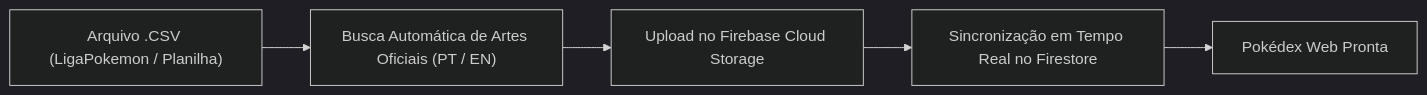
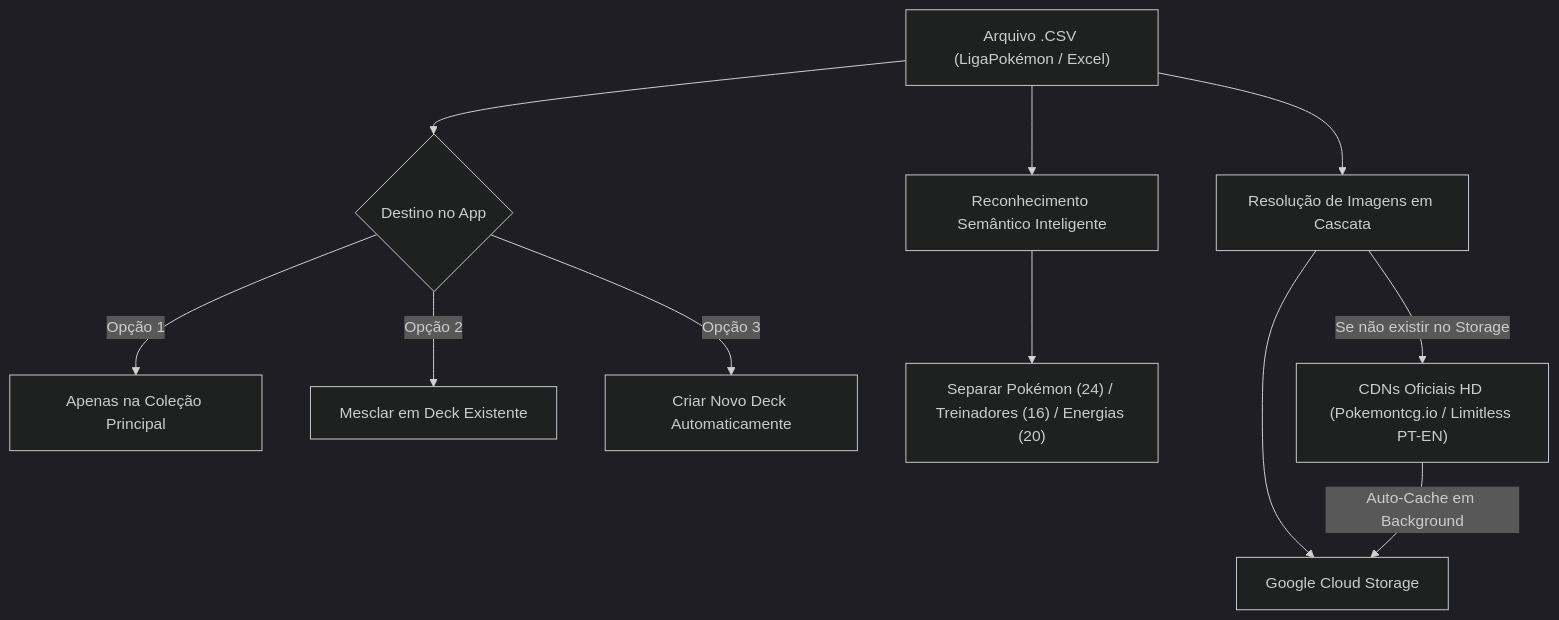
One commit to vitoresende/pokedex-tcg changed the second of 3 diagrams in README.md. Above: the diagram before and after it, drawn with Mermaid (dark theme). The commit also changed other lines of this file and 2 other files, not shown here.

Commit message:
docs: update CSV & deck import documentation and add official 60-card LigaPokemon example CSV

````diff
--- a/README.md
+++ b/README.md
@@ -137,7 +137,15 @@
 ```mermaid
-flowchart LR
-    CSV["Arquivo .CSV (LigaPokemon / Planilha)"] --> PIPELINE["Busca Automática de Artes Oficiais (PT / EN)"]
-    PIPELINE --> STORAGE["Upload no Firebase Cloud Storage"]
-    STORAGE --> FIRESTORE["Sincronização em Tempo Real no Firestore"]
-    FIRESTORE --> APP["Pokédex Web Pronta"]
+flowchart TD
+    A["Arquivo .CSV (LigaPokémon / Excel)"] --> B{"Destino no App"}
+    B -->|Opção 1| C["Apenas na Coleção Principal"]
+    B -->|Opção 2| D["Mesclar em Deck Existente"]
+    B -->|Opção 3| E["Criar Novo Deck Automaticamente"]
+    
+    A --> F["Reconhecimento Semântico Inteligente"]
+    F --> G["Separar Pokémon (24) / Treinadores (16) / Energias (20)"]
+    
+    A --> H["Resolução de Imagens em Cascata"]
+    H --> I["Google Cloud Storage"]
+    H -->|Se não existir no Storage| J["CDNs Oficiais HD (Pokemontcg.io / Limitless PT-EN)"]
+    J -->|Auto-Cache em Background| I
 ```
````
